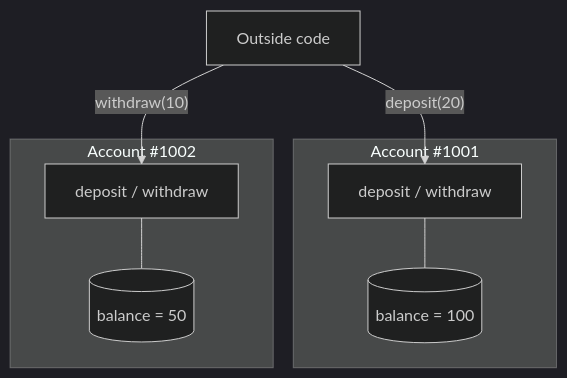
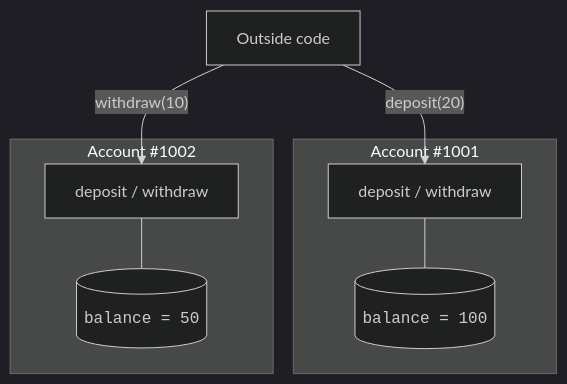
Before and after one commit to dataslope/dataslope: the third of 3 diagrams in content/learn/java-programming-for-beginners/birth-of-oop.mdx, drawn with Mermaid (dark theme). The commit also changed 100 other files, not shown here.

First line of the commit message:
Wrap more code in diagram labels: filenames, hex, assignments, subgraph titles

````diff
--- a/content/learn/java-programming-for-beginners/birth-of-oop.mdx
+++ b/content/learn/java-programming-for-beginners/birth-of-oop.mdx
@@ -83,15 +83,15 @@
 ```mermaid
 flowchart TB
     subgraph A[Account #1001]
-        D1[(balance = 100)]
+        D1[("<code>balance = 100</code>")]
         M1[deposit / withdraw]
         M1 --- D1
     end
     subgraph B[Account #1002]
-        D2[(balance = 50)]
+        D2[("<code>balance = 50</code>")]
         M2[deposit / withdraw]
         M2 --- D2
     end
     User[Outside code] -- "deposit(20)" --> M1
     User -- "withdraw(10)" --> M2
 ```
````
